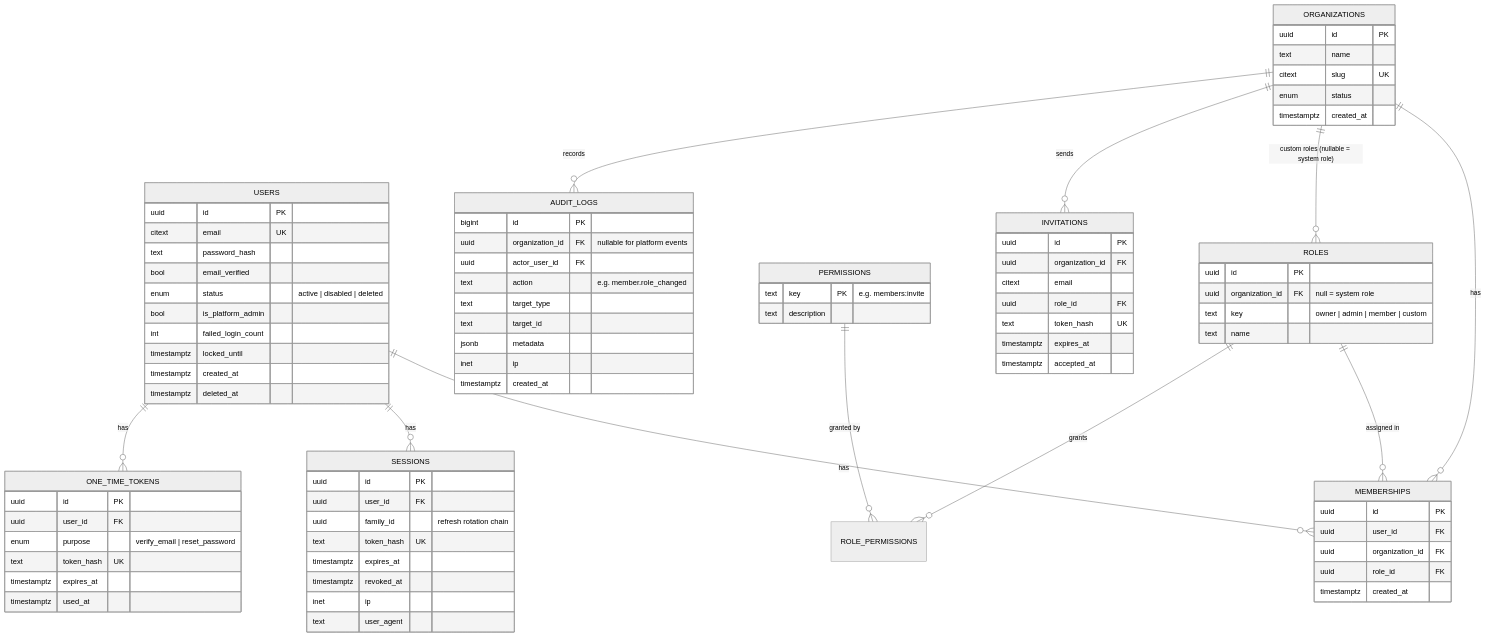
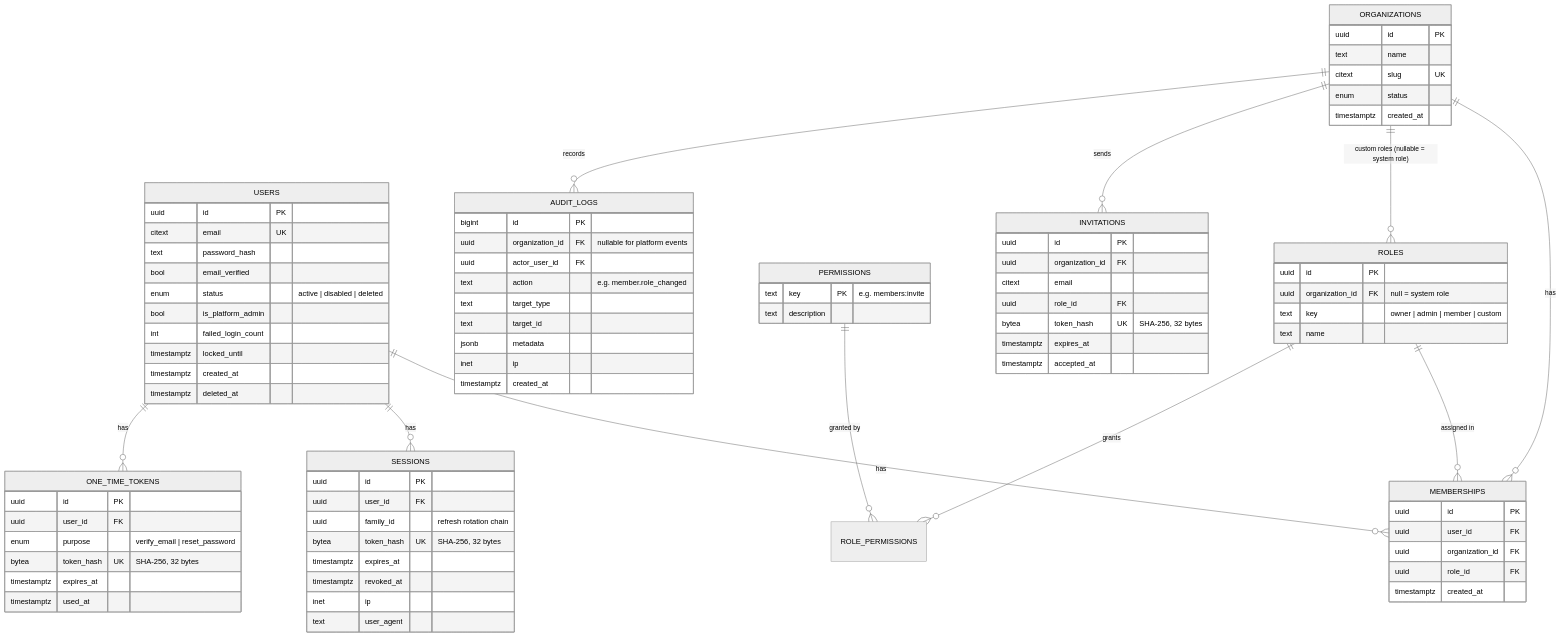
The second of 2 diagrams in docs/ARCHITECTURE.md (Husky1711/fastapi-user-management), drawn with Mermaid (neutral theme) before and after one commit. The commit also changed 1 other file, not shown here.

Commit message:
docs: mark sections 2.2-2.4 done; log failures F2-F5
Claude-Session: https://claude.ai/code/session_018ECqCZx23aBmUFgEcyMVXv

```diff
--- a/docs/ARCHITECTURE.md
+++ b/docs/ARCHITECTURE.md
@@ -148,7 +148,7 @@
         uuid id PK
         uuid user_id FK
         uuid family_id "refresh rotation chain"
-        text token_hash UK
+        bytea token_hash UK "SHA-256, 32 bytes"
         timestamptz expires_at
         timestamptz revoked_at
         inet ip
@@ -158,7 +158,7 @@
         uuid id PK
         uuid user_id FK
         enum purpose "verify_email | reset_password"
-        text token_hash UK
+        bytea token_hash UK "SHA-256, 32 bytes"
         timestamptz expires_at
         timestamptz used_at
     }
@@ -167,7 +167,7 @@
         uuid organization_id FK
         citext email
         uuid role_id FK
-        text token_hash UK
+        bytea token_hash UK "SHA-256, 32 bytes"
         timestamptz expires_at
         timestamptz accepted_at
     }
```
